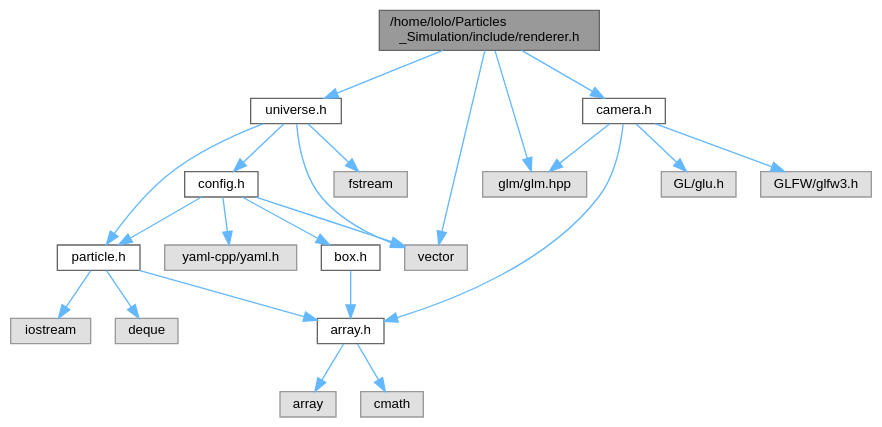
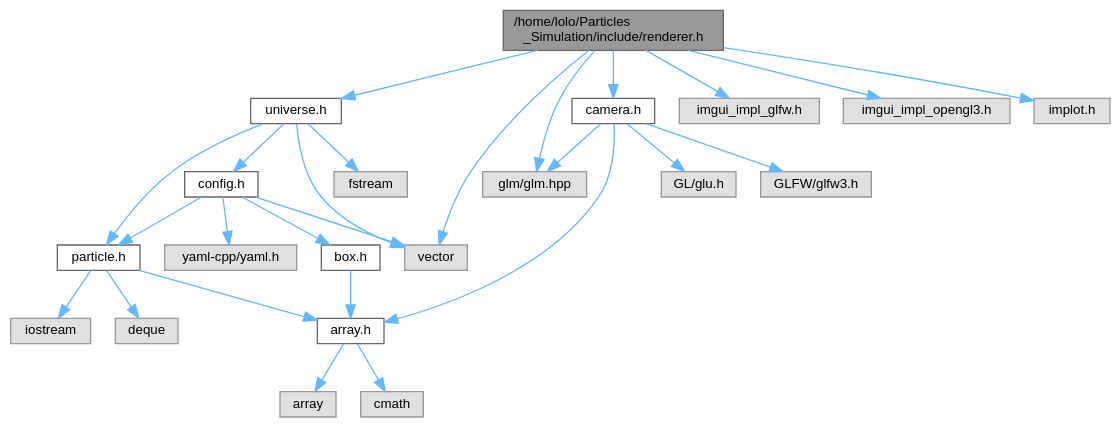
The diagram in docs/renderer_8h__incl.dot (Kojittsu/Particles_Simulation), drawn with Graphviz before and after one commit. The commit also changed 55 other files, not shown here.

```diff
--- a/docs/renderer_8h__incl.dot
+++ b/docs/renderer_8h__incl.dot
@@ -1,46 +1,52 @@
 digraph "/home/lolo/Particles_Simulation/include/renderer.h"
 {
  // LATEX_PDF_SIZE
   bgcolor="transparent";
   edge [fontname=Helvetica,fontsize=10,labelfontname=Helvetica,labelfontsize=10];
   node [fontname=Helvetica,fontsize=10,shape=box,height=0.2,width=0.4];
   Node1 [id="Node000001",label="/home/lolo/Particles\l_Simulation/include/renderer.h",height=0.2,width=0.4,color="gray40", fillcolor="grey60", style="filled", fontcolor="black",tooltip=" "];
   Node1 -> Node2 [id="edge1_Node000001_Node000002",color="steelblue1",style="solid",tooltip=" "];
   Node2 [id="Node000002",label="vector",height=0.2,width=0.4,color="grey60", fillcolor="#E0E0E0", style="filled",tooltip=" "];
   Node1 -> Node3 [id="edge2_Node000001_Node000003",color="steelblue1",style="solid",tooltip=" "];
   Node3 [id="Node000003",label="glm/glm.hpp",height=0.2,width=0.4,color="grey60", fillcolor="#E0E0E0", style="filled",tooltip=" "];
   Node1 -> Node4 [id="edge3_Node000001_Node000004",color="steelblue1",style="solid",tooltip=" "];
   Node4 [id="Node000004",label="universe.h",height=0.2,width=0.4,color="grey40", fillcolor="white", style="filled",URL="$universe_8h.html",tooltip=" "];
   Node4 -> Node5 [id="edge4_Node000004_Node000005",color="steelblue1",style="solid",tooltip=" "];
   Node5 [id="Node000005",label="fstream",height=0.2,width=0.4,color="grey60", fillcolor="#E0E0E0", style="filled",tooltip=" "];
   Node4 -> Node2 [id="edge5_Node000004_Node000002",color="steelblue1",style="solid",tooltip=" "];
   Node4 -> Node6 [id="edge6_Node000004_Node000006",color="steelblue1",style="solid",tooltip=" "];
   Node6 [id="Node000006",label="particle.h",height=0.2,width=0.4,color="grey40", fillcolor="white", style="filled",URL="$particle_8h.html",tooltip=" "];
   Node6 -> Node7 [id="edge7_Node000006_Node000007",color="steelblue1",style="solid",tooltip=" "];
   Node7 [id="Node000007",label="iostream",height=0.2,width=0.4,color="grey60", fillcolor="#E0E0E0", style="filled",tooltip=" "];
   Node6 -> Node8 [id="edge8_Node000006_Node000008",color="steelblue1",style="solid",tooltip=" "];
   Node8 [id="Node000008",label="deque",height=0.2,width=0.4,color="grey60", fillcolor="#E0E0E0", style="filled",tooltip=" "];
   Node6 -> Node9 [id="edge9_Node000006_Node000009",color="steelblue1",style="solid",tooltip=" "];
   Node9 [id="Node000009",label="array.h",height=0.2,width=0.4,color="grey40", fillcolor="white", style="filled",URL="$array_8h.html",tooltip=" "];
   Node9 -> Node10 [id="edge10_Node000009_Node000010",color="steelblue1",style="solid",tooltip=" "];
   Node10 [id="Node000010",label="array",height=0.2,width=0.4,color="grey60", fillcolor="#E0E0E0", style="filled",tooltip=" "];
   Node9 -> Node11 [id="edge11_Node000009_Node000011",color="steelblue1",style="solid",tooltip=" "];
   Node11 [id="Node000011",label="cmath",height=0.2,width=0.4,color="grey60", fillcolor="#E0E0E0", style="filled",tooltip=" "];
   Node4 -> Node12 [id="edge12_Node000004_Node000012",color="steelblue1",style="solid",tooltip=" "];
   Node12 [id="Node000012",label="config.h",height=0.2,width=0.4,color="grey40", fillcolor="white", style="filled",URL="$config_8h.html",tooltip=" "];
   Node12 -> Node2 [id="edge13_Node000012_Node000002",color="steelblue1",style="solid",tooltip=" "];
   Node12 -> Node13 [id="edge14_Node000012_Node000013",color="steelblue1",style="solid",tooltip=" "];
   Node13 [id="Node000013",label="yaml-cpp/yaml.h",height=0.2,width=0.4,color="grey60", fillcolor="#E0E0E0", style="filled",tooltip=" "];
   Node12 -> Node6 [id="edge15_Node000012_Node000006",color="steelblue1",style="solid",tooltip=" "];
   Node12 -> Node14 [id="edge16_Node000012_Node000014",color="steelblue1",style="solid",tooltip=" "];
   Node14 [id="Node000014",label="box.h",height=0.2,width=0.4,color="grey40", fillcolor="white", style="filled",URL="$box_8h.html",tooltip=" "];
   Node14 -> Node9 [id="edge17_Node000014_Node000009",color="steelblue1",style="solid",tooltip=" "];
   Node1 -> Node15 [id="edge18_Node000001_Node000015",color="steelblue1",style="solid",tooltip=" "];
   Node15 [id="Node000015",label="camera.h",height=0.2,width=0.4,color="grey40", fillcolor="white", style="filled",URL="$camera_8h.html",tooltip=" "];
   Node15 -> Node3 [id="edge19_Node000015_Node000003",color="steelblue1",style="solid",tooltip=" "];
   Node15 -> Node16 [id="edge20_Node000015_Node000016",color="steelblue1",style="solid",tooltip=" "];
   Node16 [id="Node000016",label="GL/glu.h",height=0.2,width=0.4,color="grey60", fillcolor="#E0E0E0", style="filled",tooltip=" "];
   Node15 -> Node17 [id="edge21_Node000015_Node000017",color="steelblue1",style="solid",tooltip=" "];
   Node17 [id="Node000017",label="GLFW/glfw3.h",height=0.2,width=0.4,color="grey60", fillcolor="#E0E0E0", style="filled",tooltip=" "];
   Node15 -> Node9 [id="edge22_Node000015_Node000009",color="steelblue1",style="solid",tooltip=" "];
+  Node1 -> Node18 [id="edge23_Node000001_Node000018",color="steelblue1",style="solid",tooltip=" "];
+  Node18 [id="Node000018",label="imgui_impl_glfw.h",height=0.2,width=0.4,color="grey60", fillcolor="#E0E0E0", style="filled",tooltip=" "];
+  Node1 -> Node19 [id="edge24_Node000001_Node000019",color="steelblue1",style="solid",tooltip=" "];
+  Node19 [id="Node000019",label="imgui_impl_opengl3.h",height=0.2,width=0.4,color="grey60", fillcolor="#E0E0E0", style="filled",tooltip=" "];
+  Node1 -> Node20 [id="edge25_Node000001_Node000020",color="steelblue1",style="solid",tooltip=" "];
+  Node20 [id="Node000020",label="implot.h",height=0.2,width=0.4,color="grey60", fillcolor="#E0E0E0", style="filled",tooltip=" "];
 }
```
